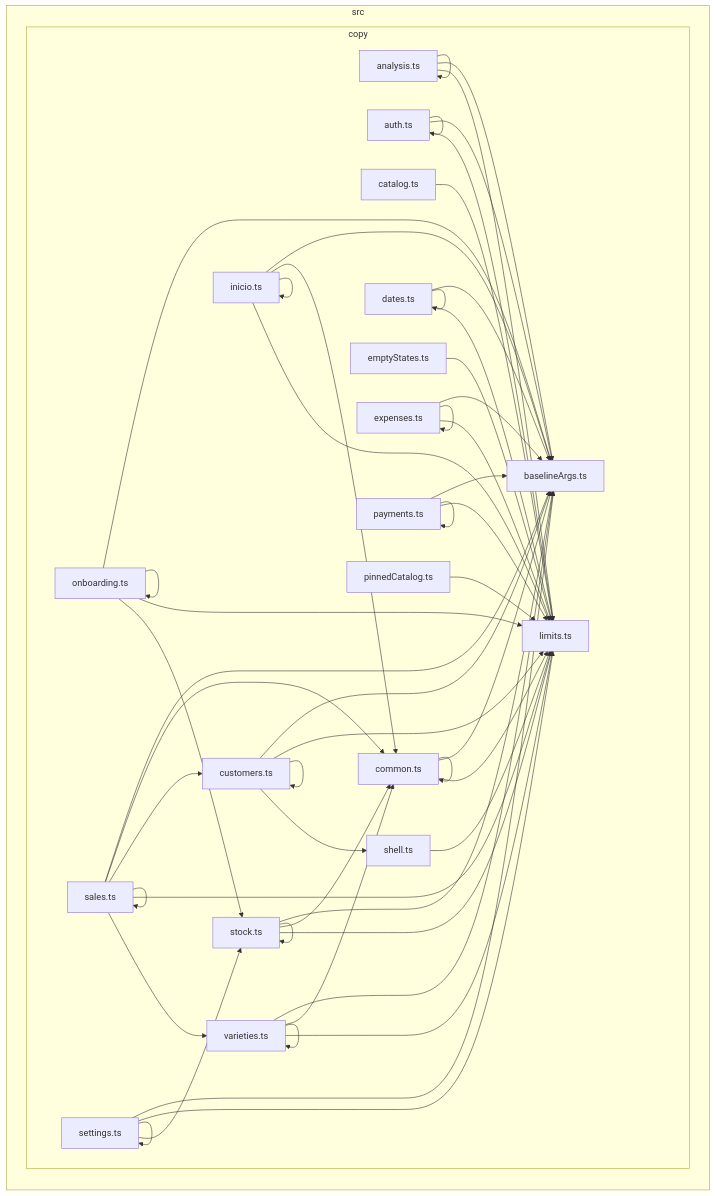
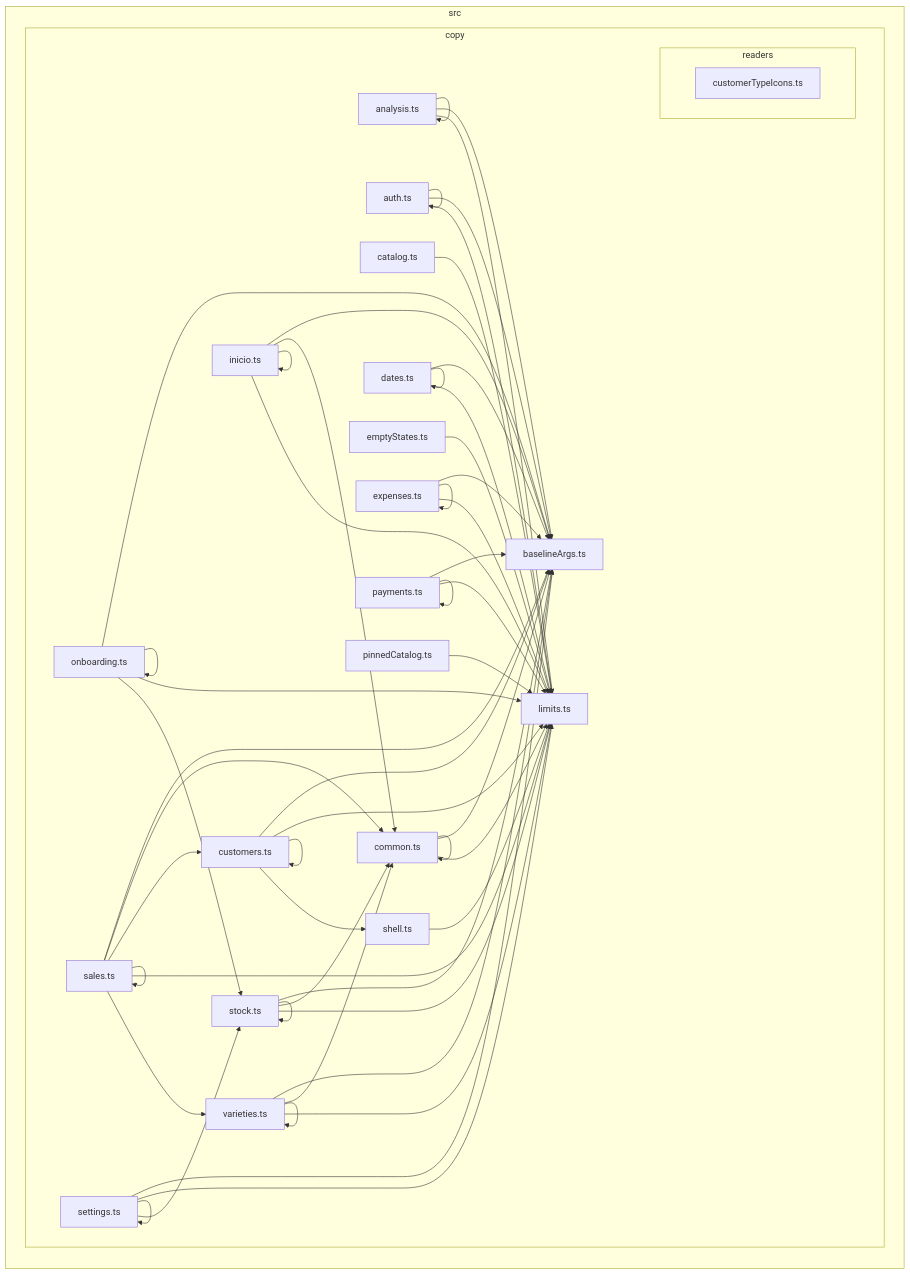
One commit to GonzaloZevallos/apostrophe changed the diagram in docs/architecture/generated/front-modules/copy.md. Above: the diagram before and after it, drawn with Mermaid. The commit also changed 6 other files, not shown here.

````diff
--- a/docs/architecture/generated/front-modules/copy.md
+++ b/docs/architecture/generated/front-modules/copy.md
@@ -7,78 +7,81 @@
 ```mermaid
 flowchart LR
 subgraph src["src"]
   subgraph src_copy["copy"]
+    subgraph src_copy_readers["readers"]
+      src_copy_readers_customerTypeIcons_ts["customerTypeIcons.ts"]
+    end
     src_copy_analysis_ts["analysis.ts"]
     src_copy_auth_ts["auth.ts"]
     src_copy_baselineArgs_ts["baselineArgs.ts"]
     src_copy_catalog_ts["catalog.ts"]
     src_copy_common_ts["common.ts"]
     src_copy_customers_ts["customers.ts"]
     src_copy_dates_ts["dates.ts"]
     src_copy_emptyStates_ts["emptyStates.ts"]
     src_copy_expenses_ts["expenses.ts"]
     src_copy_inicio_ts["inicio.ts"]
     src_copy_limits_ts["limits.ts"]
     src_copy_onboarding_ts["onboarding.ts"]
     src_copy_payments_ts["payments.ts"]
     src_copy_pinnedCatalog_ts["pinnedCatalog.ts"]
     src_copy_sales_ts["sales.ts"]
     src_copy_settings_ts["settings.ts"]
     src_copy_shell_ts["shell.ts"]
     src_copy_stock_ts["stock.ts"]
     src_copy_varieties_ts["varieties.ts"]
   end
 end
 src_copy_analysis_ts-->src_copy_analysis_ts
 src_copy_analysis_ts-->src_copy_baselineArgs_ts
 src_copy_analysis_ts-->src_copy_limits_ts
 src_copy_auth_ts-->src_copy_auth_ts
 src_copy_auth_ts-->src_copy_baselineArgs_ts
 src_copy_auth_ts-->src_copy_limits_ts
 src_copy_catalog_ts-->src_copy_limits_ts
 src_copy_common_ts-->src_copy_baselineArgs_ts
 src_copy_common_ts-->src_copy_common_ts
 src_copy_common_ts-->src_copy_limits_ts
 src_copy_customers_ts-->src_copy_baselineArgs_ts
 src_copy_customers_ts-->src_copy_customers_ts
 src_copy_customers_ts-->src_copy_limits_ts
 src_copy_customers_ts-->src_copy_shell_ts
 src_copy_dates_ts-->src_copy_baselineArgs_ts
 src_copy_dates_ts-->src_copy_dates_ts
 src_copy_dates_ts-->src_copy_limits_ts
 src_copy_emptyStates_ts-->src_copy_limits_ts
 src_copy_expenses_ts-->src_copy_baselineArgs_ts
 src_copy_expenses_ts-->src_copy_expenses_ts
 src_copy_expenses_ts-->src_copy_limits_ts
 src_copy_inicio_ts-->src_copy_baselineArgs_ts
 src_copy_inicio_ts-->src_copy_common_ts
 src_copy_inicio_ts-->src_copy_inicio_ts
 src_copy_inicio_ts-->src_copy_limits_ts
 src_copy_onboarding_ts-->src_copy_baselineArgs_ts
 src_copy_onboarding_ts-->src_copy_limits_ts
 src_copy_onboarding_ts-->src_copy_onboarding_ts
 src_copy_onboarding_ts-->src_copy_stock_ts
 src_copy_payments_ts-->src_copy_baselineArgs_ts
 src_copy_payments_ts-->src_copy_limits_ts
 src_copy_payments_ts-->src_copy_payments_ts
 src_copy_pinnedCatalog_ts-->src_copy_limits_ts
 src_copy_sales_ts-->src_copy_baselineArgs_ts
 src_copy_sales_ts-->src_copy_common_ts
 src_copy_sales_ts-->src_copy_customers_ts
 src_copy_sales_ts-->src_copy_limits_ts
 src_copy_sales_ts-->src_copy_sales_ts
 src_copy_sales_ts-->src_copy_varieties_ts
 src_copy_settings_ts-->src_copy_baselineArgs_ts
 src_copy_settings_ts-->src_copy_limits_ts
 src_copy_settings_ts-->src_copy_settings_ts
 src_copy_settings_ts-->src_copy_stock_ts
 src_copy_shell_ts-->src_copy_limits_ts
 src_copy_stock_ts-->src_copy_baselineArgs_ts
 src_copy_stock_ts-->src_copy_common_ts
 src_copy_stock_ts-->src_copy_limits_ts
 src_copy_stock_ts-->src_copy_stock_ts
 src_copy_varieties_ts-->src_copy_baselineArgs_ts
 src_copy_varieties_ts-->src_copy_common_ts
 src_copy_varieties_ts-->src_copy_limits_ts
 src_copy_varieties_ts-->src_copy_varieties_ts
 ```
````
